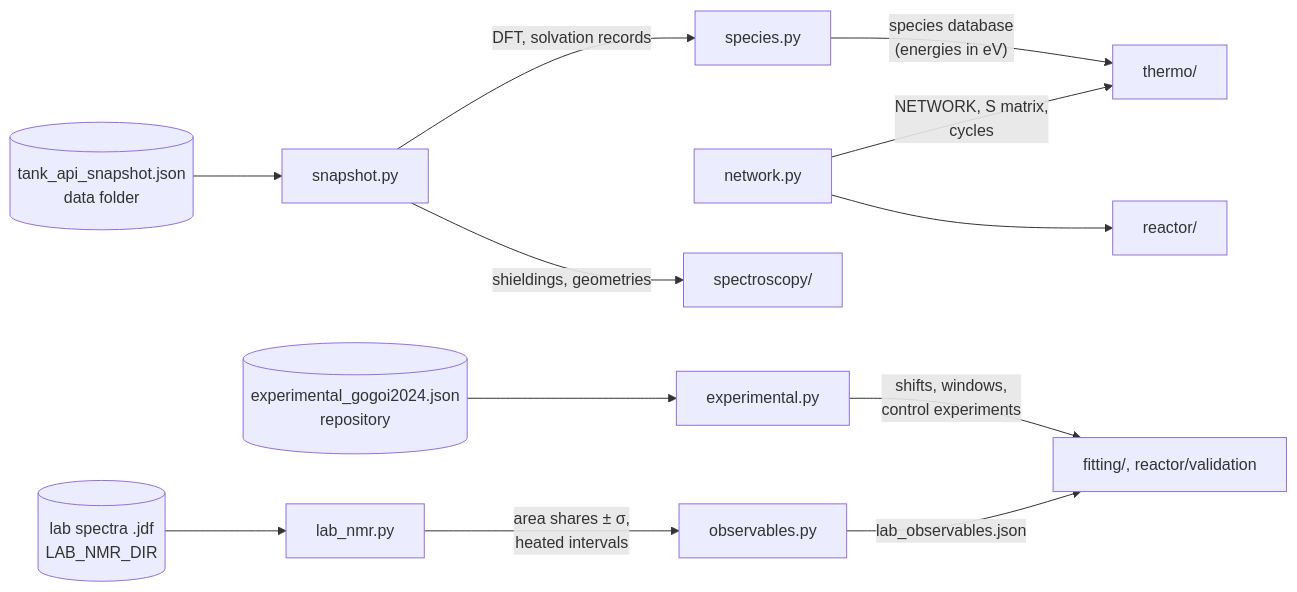
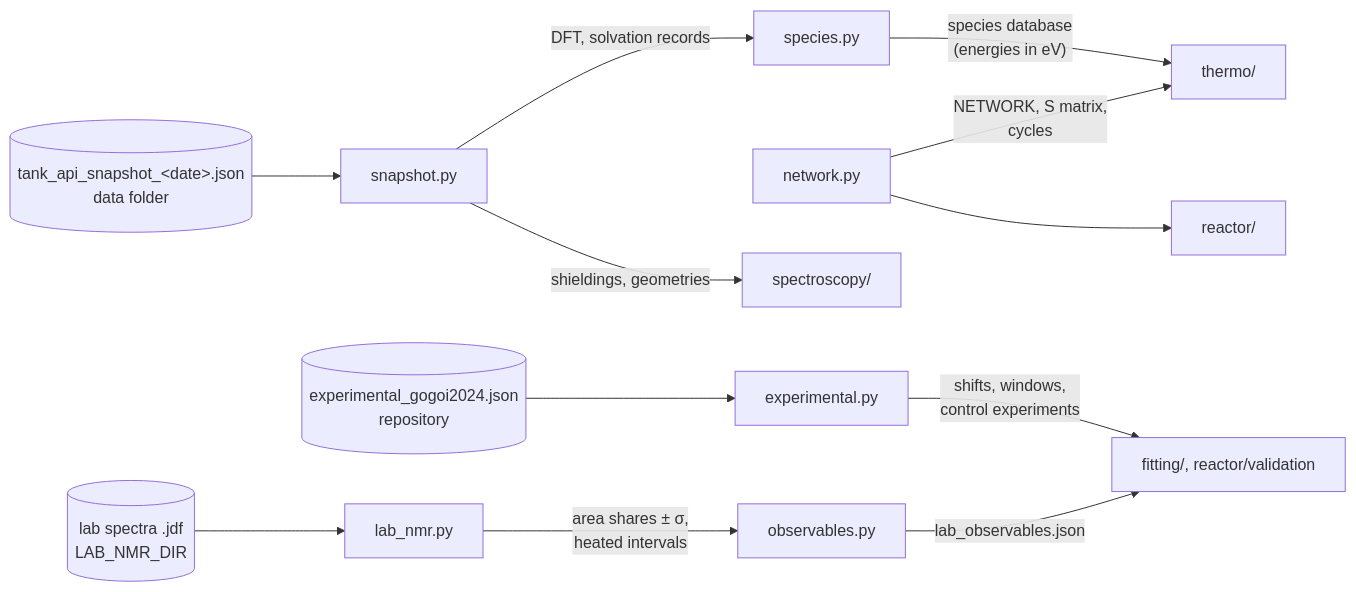
One commit to yralcaraz/atom-to-reactor changed the second of 8 diagrams in MODULES.md. Above: the diagram before and after it, drawn with Mermaid. The commit also changed other lines of this file and 34 other files, not shown here.

````diff
--- a/MODULES.md
+++ b/MODULES.md
@@ -104,16 +104,16 @@
 ```mermaid
 flowchart LR
-    SNAP[("tank_api_snapshot.json<br/>data folder")] --> snapshot["snapshot.py"]
+    SNAP[("tank_api_snapshot_&lt;date&gt;.json<br/>data folder")] --> snapshot["snapshot.py"]
     snapshot -- "DFT, solvation records" --> species["species.py"]
     species -- "species database<br/>(energies in eV)" --> T["thermo/"]
     network["network.py"] -- "NETWORK, S matrix,<br/>cycles" --> T
     network --> R["reactor/"]
     snapshot -- "shieldings, geometries" --> S["spectroscopy/"]
 
     PAPER[("experimental_gogoi2024.json<br/>repository")] --> experimental["experimental.py"]
     experimental -- "shifts, windows,<br/>control experiments" --> F["fitting/, reactor/validation"]
 
     JDF[("lab spectra .jdf<br/>LAB_NMR_DIR")] --> lab_nmr["lab_nmr.py"]
     lab_nmr -- "area shares ± σ,<br/>heated intervals" --> observables["observables.py"]
     observables -- "lab_observables.json" --> F
 ```
````
